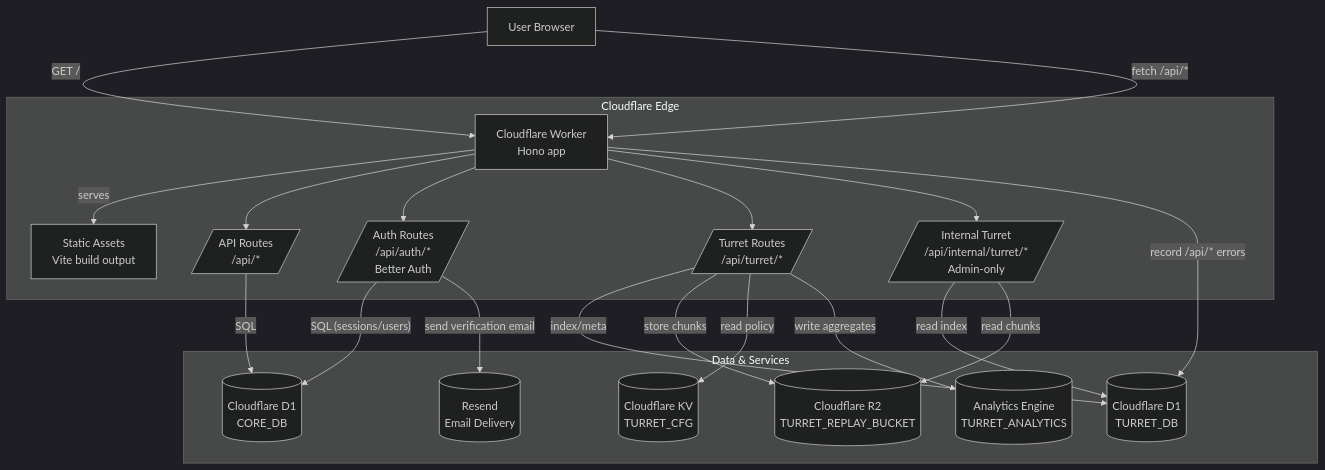
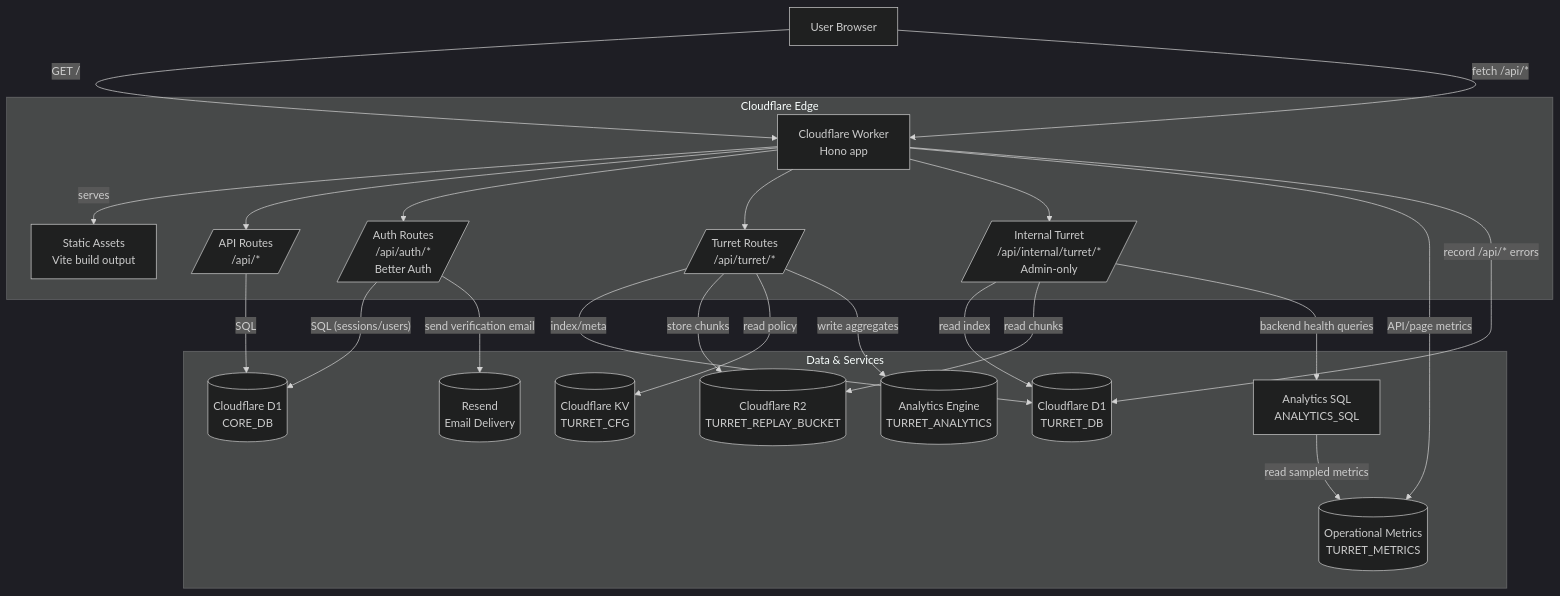
The diagram in README.md (LukasMurdock/the-stack), drawn with Mermaid (dark theme) before and after one commit. The commit also changed other lines of this file and 32 other files, not shown here.

Commit message:
feat: add operational health metrics and starter observability guide

````diff
--- a/README.md
+++ b/README.md
@@ -81,47 +80,52 @@
 ```mermaid
 flowchart TB
   %% The Stack (Cloudflare Workers) - System Diagram
 
   U[User Browser]
 
   subgraph CF[Cloudflare Edge]
     W[Cloudflare Worker<br/>Hono app]
     A[Static Assets<br/>Vite build output]
     API[/API Routes<br/>/api/*/]
     AUTH[/Auth Routes<br/>/api/auth/*<br/>Better Auth/]
     TUR[/Turret Routes<br/>/api/turret/*/]
     TINT[/Internal Turret<br/>/api/internal/turret/*<br/>Admin-only/]
   end
 
   subgraph DATA[Data & Services]
     D1[(Cloudflare D1<br/>CORE_DB)]
     TDB[(Cloudflare D1<br/>TURRET_DB)]
     TR2[(Cloudflare R2<br/>TURRET_REPLAY_BUCKET)]
     TKV[(Cloudflare KV<br/>TURRET_CFG)]
     TAE[(Analytics Engine<br/>TURRET_ANALYTICS)]
+    TMET[(Operational Metrics<br/>TURRET_METRICS)]
+    ASQL[Analytics SQL<br/>ANALYTICS_SQL]
     RESEND[(Resend<br/>Email Delivery)]
   end
 
   U -->|"GET /"| W
   W -->|"serves"| A
 
   U -->|"fetch /api/*"| W
   W --> API
   W --> AUTH
   W --> TUR
   W --> TINT
 
   API -->|"SQL"| D1
   AUTH -->|"SQL (sessions/users)"| D1
 
   %% Turret ingestion + playback
   TUR -->|"index/meta"| TDB
   TUR -->|"store chunks"| TR2
   TUR -->|"read policy"| TKV
   TUR -->|"write aggregates"| TAE
   TINT -->|"read index"| TDB
   TINT -->|"read chunks"| TR2
+  TINT -->|"backend health queries"| ASQL
+  ASQL -->|"read sampled metrics"| TMET
+  W -->|"API/page metrics"| TMET
 
   W -->|"record /api/* errors"| TDB
   AUTH -->|"send verification email"| RESEND
 ```
````
